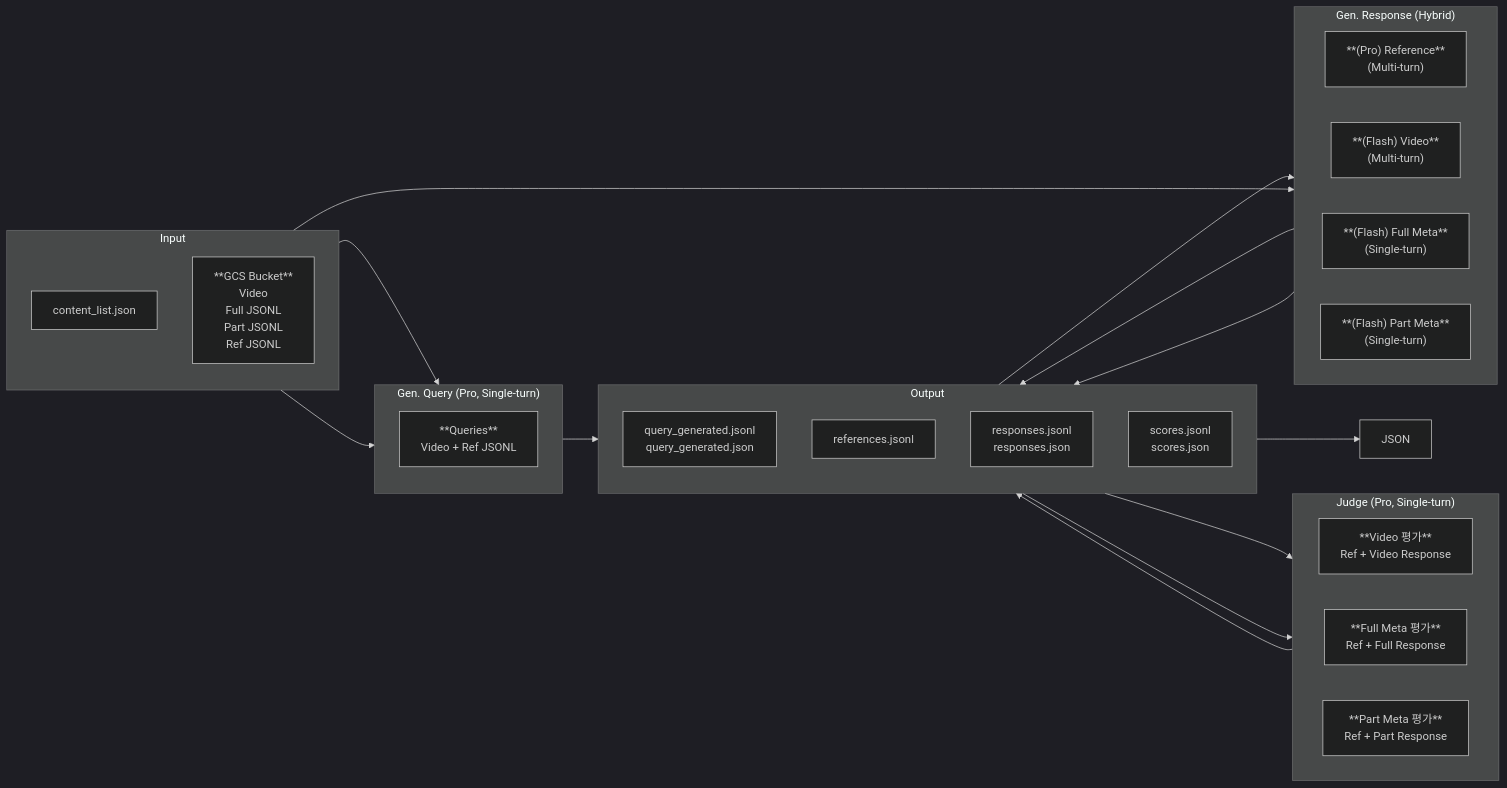
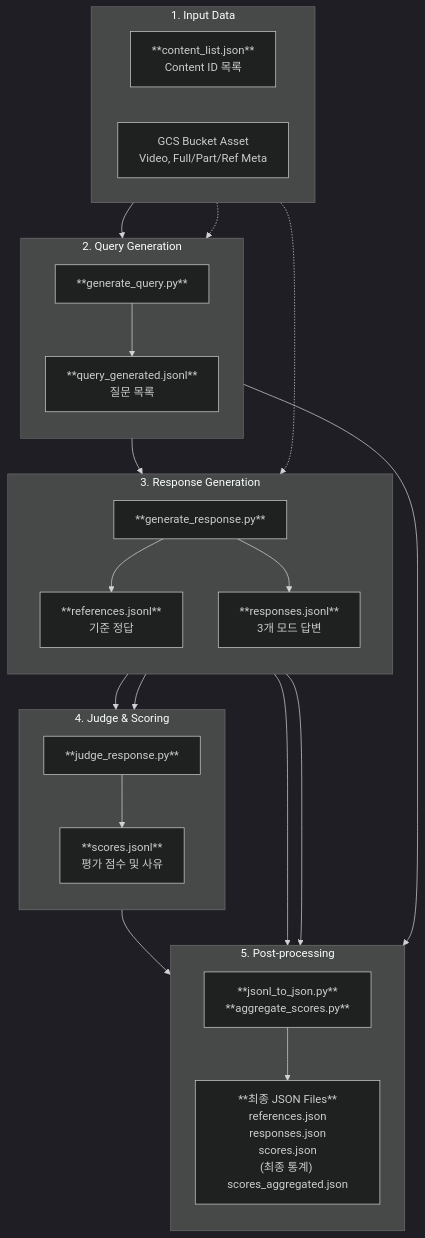
The diagram in README.md (obeychoi0120/LLMJudge), drawn with Mermaid (dark theme) before and after one commit. The commit also changed other lines of this file and 2 other files, not shown here.

````diff
--- a/README.md
+++ b/README.md
@@ -13,48 +13,52 @@
 ```mermaid
-flowchart LR
-    subgraph INPUT["Input"]
-        direction TB
-        CL["content_list.json"]
-        GCS["**GCS Bucket**<br/>Video<br/>Full JSONL<br/>Part JSONL<br/>Ref JSONL"]
+flowchart TD
+    subgraph INPUT["1. Input Data"]
+        direction LR
+        CL["**content_list.json**<br/>Content ID 목록"]
+        GCS["GCS Bucket Asset<br/>Video, Full/Part/Ref Meta"]
     end
 
-    subgraph STAGE0["Gen. Query (Pro, Single-turn)"]
+    subgraph STEP1["2. Query Generation"]
         direction TB
-        QG["**Queries**<br/>Video + Ref JSONL"]
+        Q_SCRIPT["**generate_query.py**"]
+        Q_OUT["**query_generated.jsonl**<br/>질문 목록"]
     end
 
-    subgraph STAGE1["Gen. Response (Hybrid)"]
-        direction LR
-        REF["**(Pro) Reference**<br/>(Multi-turn)"]
-        MODE_V["**(Flash) Video**<br/>(Multi-turn)"]
-        MODE_F["**(Flash) Full Meta**<br/>(Single-turn)"]
-        MODE_P["**(Flash) Part Meta**<br/>(Single-turn)"]
+    subgraph STEP2["3. Response Generation"]
+        direction TB
+        R_SCRIPT["**generate_response.py**"]
+        R_OUT1["**references.jsonl**<br/>기준 정답"]
+        R_OUT2["**responses.jsonl**<br/>3개 모드 답변"]
     end
 
-    subgraph STAGE2["Judge (Pro, Single-turn)"]
-        direction LR
-        J_V["**Video 평가**<br/>Ref + Video Response"]
-        J_F["**Full Meta 평가**<br/>Ref + Full Response"]
-        J_P["**Part Meta 평가**<br/>Ref + Part Response"]
+    subgraph STEP3["4. Judge & Scoring"]
+        direction TB
+        J_SCRIPT["**judge_response.py**"]
+        J_OUT["**scores.jsonl**<br/>평가 점수 및 사유"]
     end
 
-    subgraph OUTPUT["Output"]
+    subgraph STEP4["5. Post-processing"]
         direction TB
-        QGO["query_generated.jsonl<br/>query_generated.json"]
-        REF_O["references.jsonl"]
-        RSP["responses.jsonl<br/>responses.json"]
-        SCR["scores.jsonl<br/>scores.json"]
+        A_SCRIPT["**jsonl_to_json.py**<br/>**aggregate_scores.py**"]
+        A_OUT["**최종 JSON Files**<br/>references.json<br/>responses.json<br/>scores.json<br/>(최종 통계) scores_aggregated.json"]
     end
 
-    CL --> QG
-    GCS --> QG
-    QG --> QGO
-    QGO --> STAGE1
-    GCS --> STAGE1
-    STAGE1 --> REF_O
-    STAGE1 --> RSP
-    RSP --> STAGE2
-    REF_O --> STAGE2
-    STAGE2 --> SCR
-    SCR --> JSON
+    CL --> Q_SCRIPT
+    GCS -.-> Q_SCRIPT
+    Q_SCRIPT --> Q_OUT
+    
+    Q_OUT --> R_SCRIPT
+    GCS -.-> R_SCRIPT
+    R_SCRIPT --> R_OUT1
+    R_SCRIPT --> R_OUT2
+    
+    R_OUT1 --> J_SCRIPT
+    R_OUT2 --> J_SCRIPT
+    J_SCRIPT --> J_OUT
+    
+    J_OUT --> A_SCRIPT
+    Q_OUT --> A_SCRIPT
+    R_OUT1 --> A_SCRIPT
+    R_OUT2 --> A_SCRIPT
+    A_SCRIPT --> A_OUT
 ```
````
